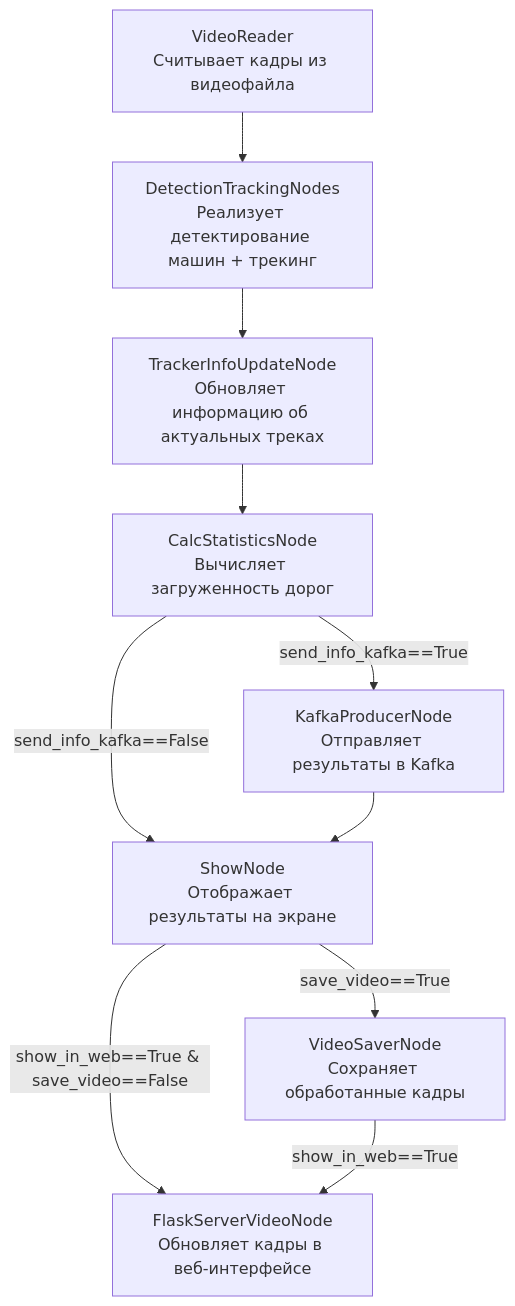
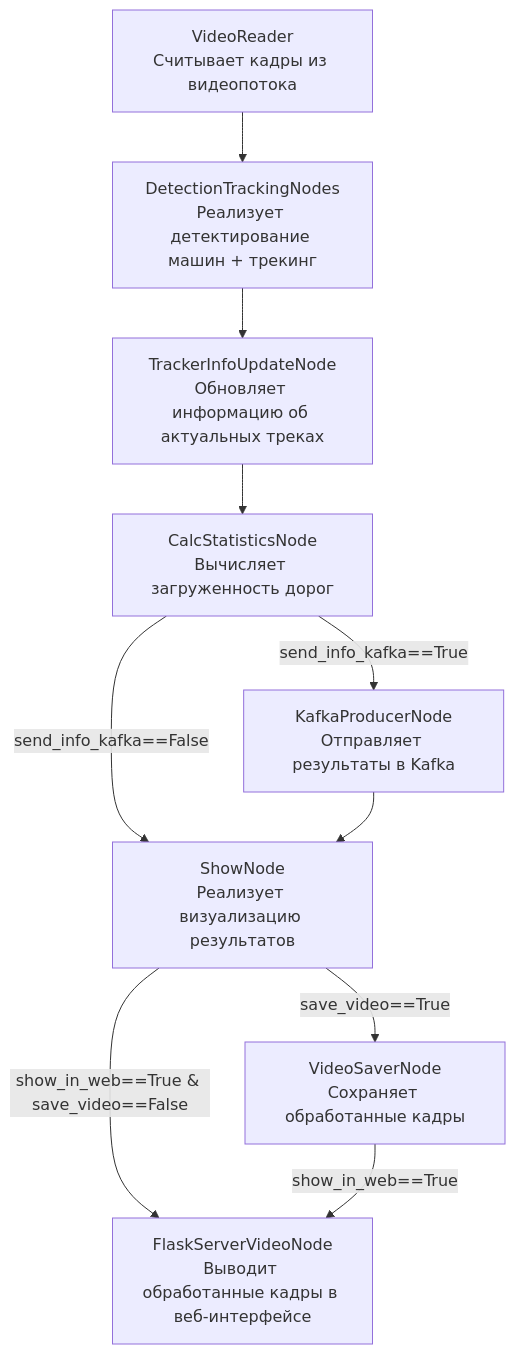
Before and after one commit to Ecopavel81/Road-Circle-Analyzer: the diagram in README.md, drawn with Mermaid.

````diff
--- a/README.md
+++ b/README.md
@@ -64,12 +64,12 @@
 ```mermaid
 graph TD;
-    A["VideoReader<br>Считывает кадры из видеофайла"] --> B["DetectionTrackingNodes<br>Реализует детектирование машин + трекинг"];
+    A["VideoReader<br>Считывает кадры из видеопотока"] --> B["DetectionTrackingNodes<br>Реализует детектирование машин + трекинг"];
     B --> C["TrackerInfoUpdateNode<br>Обновляет информацию об актуальных треках"];
     C --> D["CalcStatisticsNode<br>Вычисляет загруженность дорог"];
     D --send_info_kafka==False --> F;
     D --send_info_kafka==True --> E["KafkaProducerNode<br>Отправляет результаты в Kafka"];
-    E --> F["ShowNode<br>Отображает результаты на экране"];
+    E --> F["ShowNode<br>Реализует визуализацию результатов"];
     F --save_video==True --> H["VideoSaverNode<br>Сохраняет обработанные кадры"];
-    F --show_in_web==True & save_video==False --> L["FlaskServerVideoNode<br>Обновляет кадры в веб-интерфейсе"];
+    F --show_in_web==True & save_video==False --> L["FlaskServerVideoNode<br>Выводит обработанные кадры в веб-интерфейсе"];
     H --show_in_web==True --> L
 ```
````
